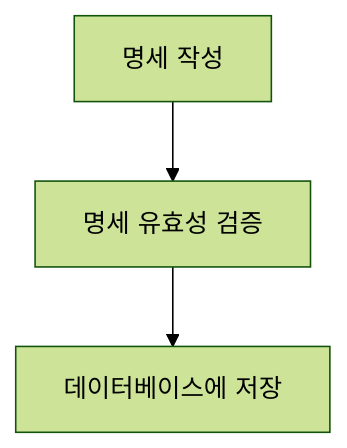
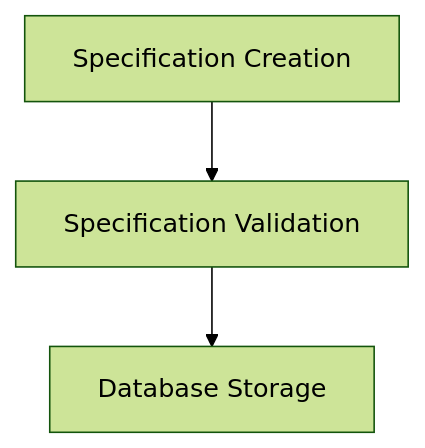
One commit to siyul-park/uniflow changed the second of 9 diagrams in docs/flowchart.md. Above: the diagram before and after it, drawn with Mermaid (forest theme). The commit also changed other lines of this file and 3 other files, not shown here.

````diff
--- a/docs/flowchart.md
+++ b/docs/flowchart.md
@@ -38,5 +39,5 @@
 ```mermaid
 flowchart TD
-    A["명세 작성"] --> B["명세 유효성 검증"]
-    B --> C["데이터베이스에 저장"]
+    A["Specification Creation"] --> B["Specification Validation"]
+    B --> C["Database Storage"]
 ```
````
